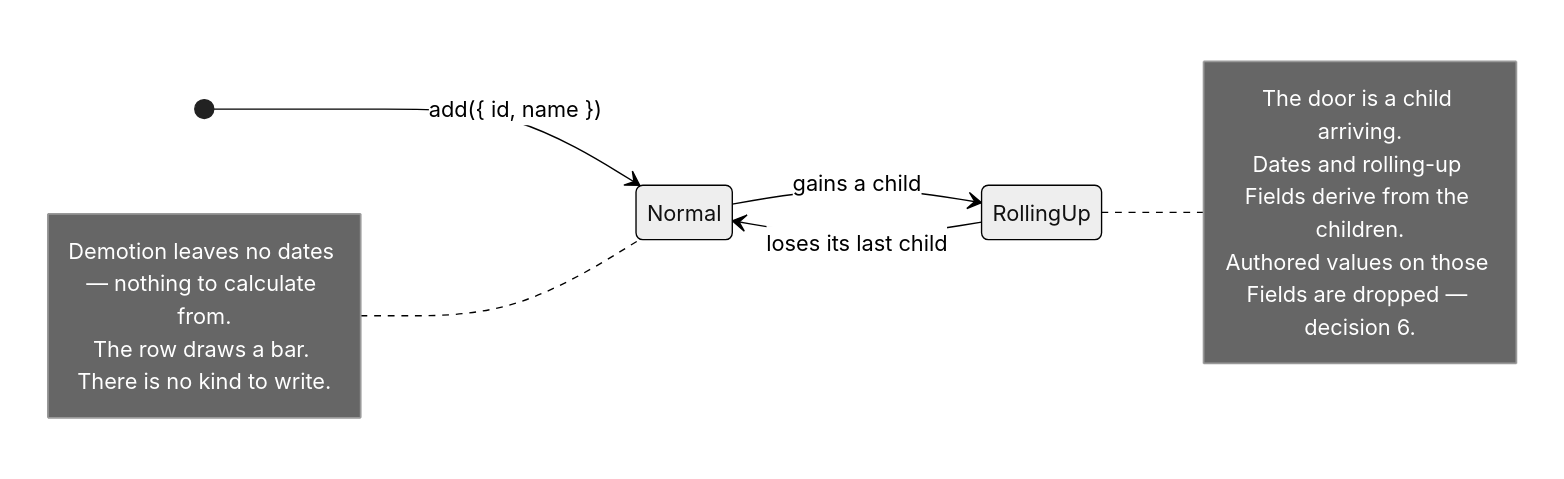
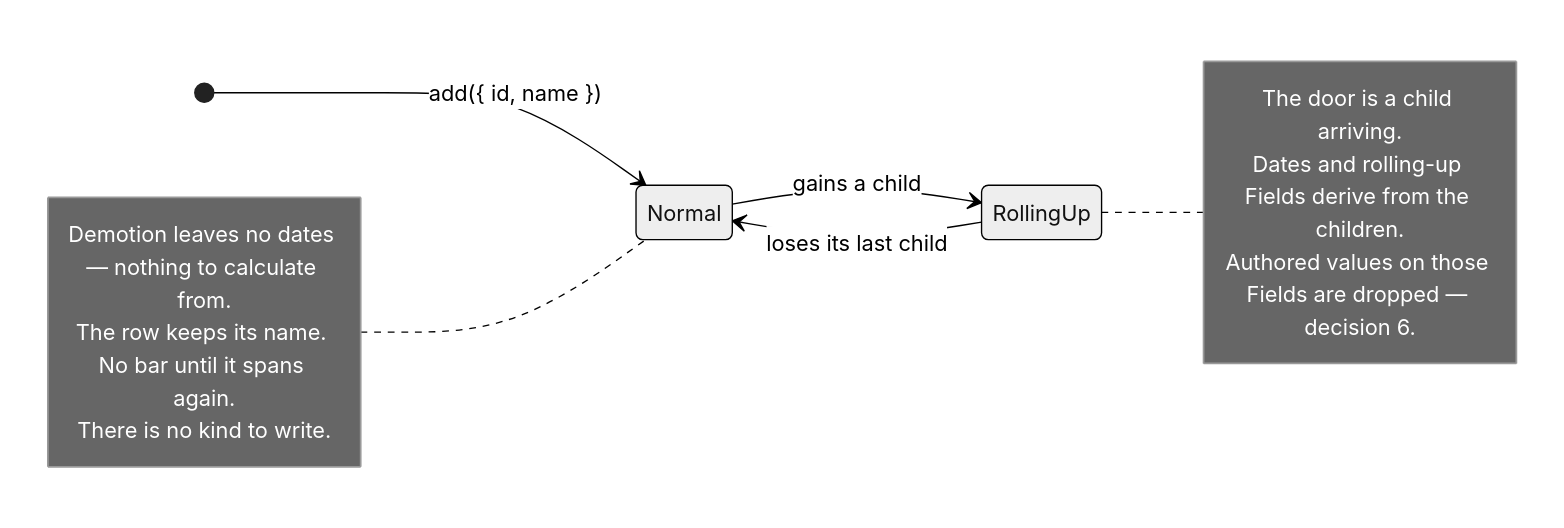
The diagram in docs/adr/0013-what-decides-that-a-row-derives-its-values.md (freegantt/freegantt), drawn with Mermaid (neutral theme) before and after one commit. The commit also changed other lines of this file and 23 other files, not shown here.

````diff
--- a/docs/adr/0013-what-decides-that-a-row-derives-its-values.md
+++ b/docs/adr/0013-what-decides-that-a-row-derives-its-values.md
@@ -50,16 +50,17 @@
 ```mermaid
 stateDiagram-v2
   direction LR
   [*] --> Normal: add({ id, name })
   Normal --> RollingUp: gains a child
   RollingUp --> Normal: loses its last child
   note right of RollingUp
     The door is a child arriving.
     Dates and rolling-up Fields derive from the children.
     Authored values on those Fields are dropped — decision 6.
   end note
   note left of Normal
     Demotion leaves no dates — nothing to calculate from.
-    The row draws a bar. There is no kind to write.
+    The row keeps its name. No bar until it spans again.
+    There is no kind to write.
   end note
 ```
````
